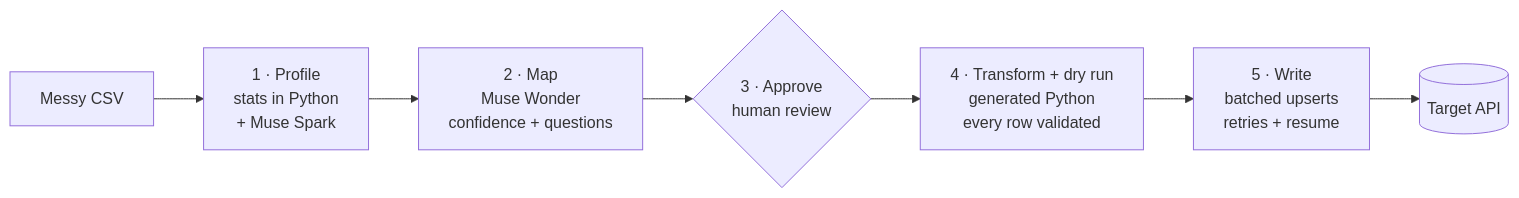
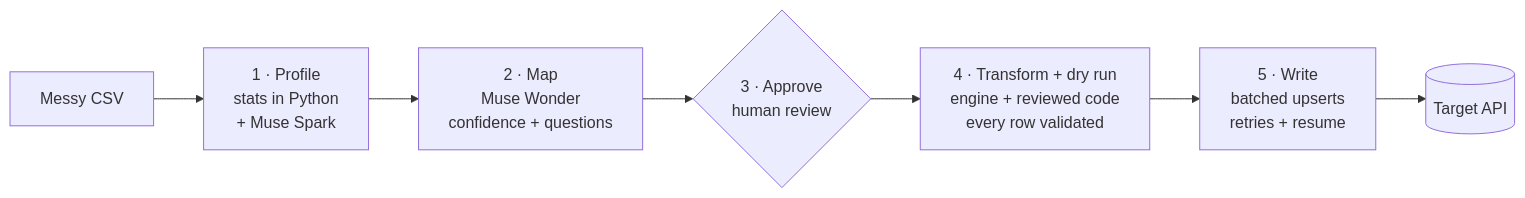
Before and after one commit to cristobalcastrillon/porter: the diagram in README.md, drawn with Mermaid. The commit also changed other lines of this file and 3 other files, not shown here.

````diff
--- a/README.md
+++ b/README.md
@@ -21,9 +21,9 @@
 ```mermaid
 flowchart LR
     A[Messy CSV] --> B[1 · Profile<br/>stats in Python<br/>+ Muse Spark]
     B --> C[2 · Map<br/>Muse Wonder<br/>confidence + questions]
     C --> D{3 · Approve<br/>human review}
-    D --> E[4 · Transform + dry run<br/>generated Python<br/>every row validated]
+    D --> E[4 · Transform + dry run<br/>engine + reviewed code<br/>every row validated]
     E --> F[5 · Write<br/>batched upserts<br/>retries + resume]
     F --> G[(Target API)]
 ```
````
